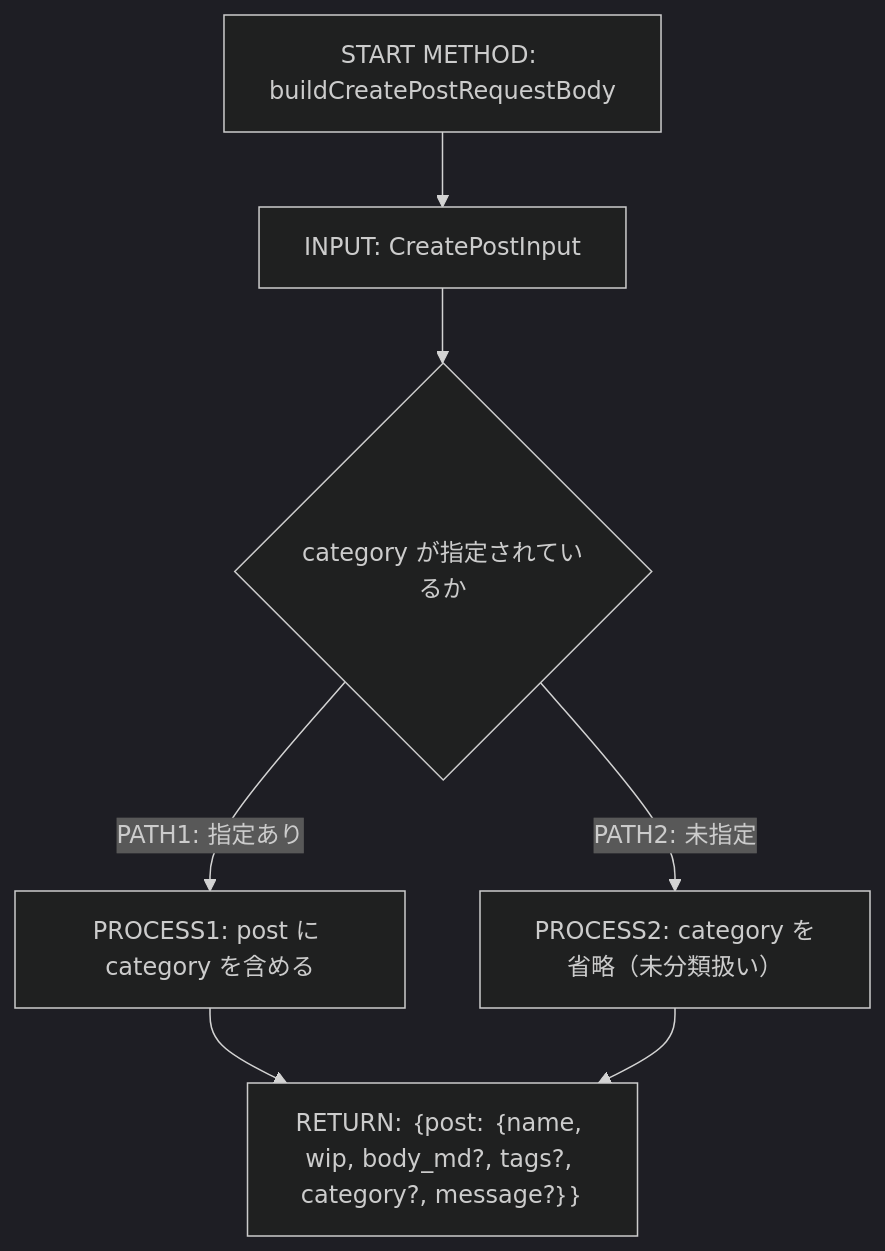
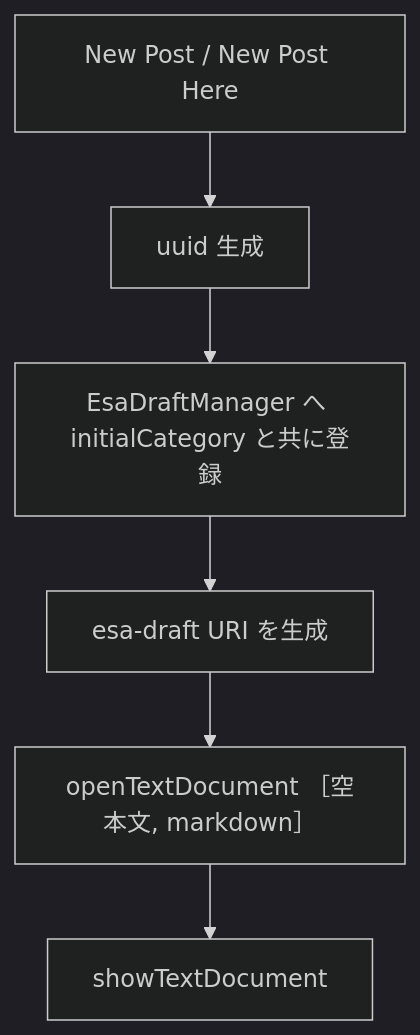
One commit to LevelCapCoJapanTools/vscode_esa_explorer changed the sixth of 7 diagrams in .github/copilot/plans/3-create-post.md. Above: the diagram before and after it, drawn with Mermaid (dark theme). The commit also changed other lines of this file and 1 other file, not shown here.

````diff
--- a/.github/copilot/plans/3-create-post.md
+++ b/.github/copilot/plans/3-create-post.md
@@ -523,9 +241,8 @@
 ```mermaid
 flowchart TD
-  A["START METHOD: buildCreatePostRequestBody"] --> B["INPUT: CreatePostInput"]
-  B --> C{"category が指定されているか"}
-  C -->|PATH1: 指定あり| D["PROCESS1: post に category を含める"]
-  C -->|PATH2: 未指定| E["PROCESS2: category を省略（未分類扱い）"]
-  D --> F["RETURN: ｛post: ｛name, wip, body_md?, tags?, category?, message?｝｝"]
-  E --> F
+    A["New Post / New Post Here"] --> B["uuid 生成"]
+    B --> C["EsaDraftManager へ initialCategory と共に登録"]
+    C --> D["esa-draft URI を生成"]
+    D --> E["openTextDocument ［空本文, markdown］"]
+    E --> F["showTextDocument"]
 ```
````
